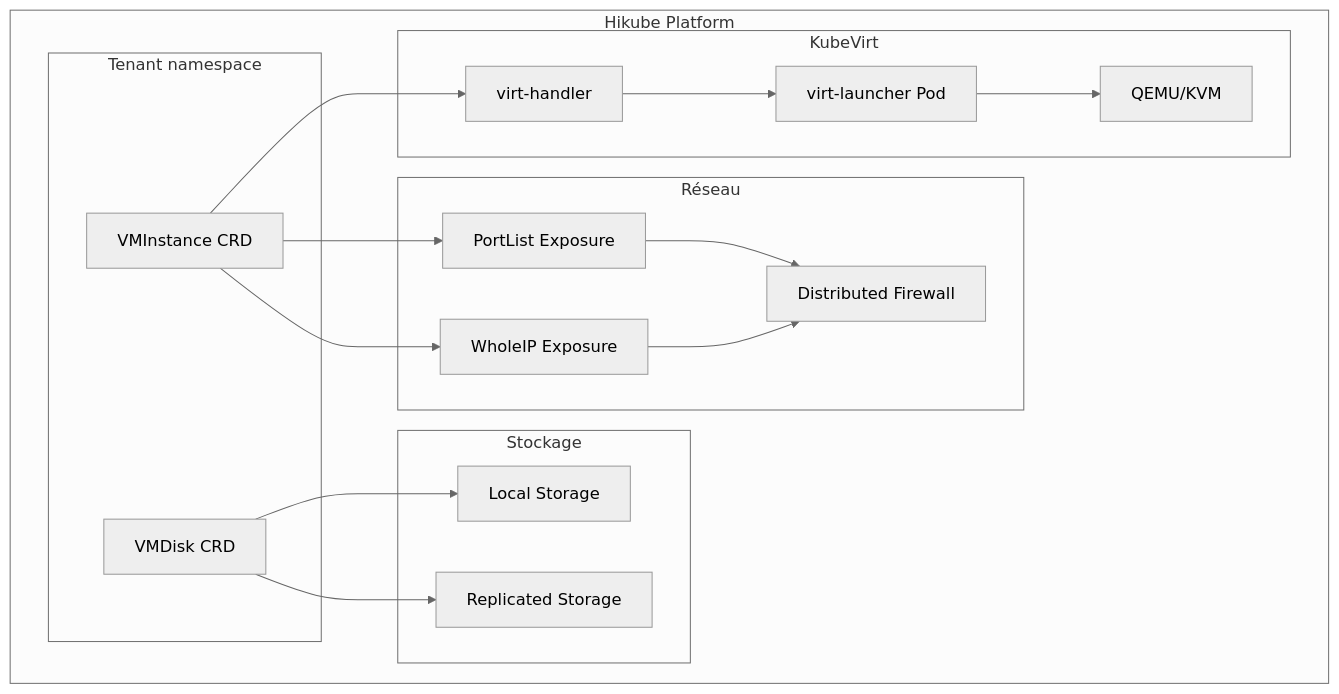
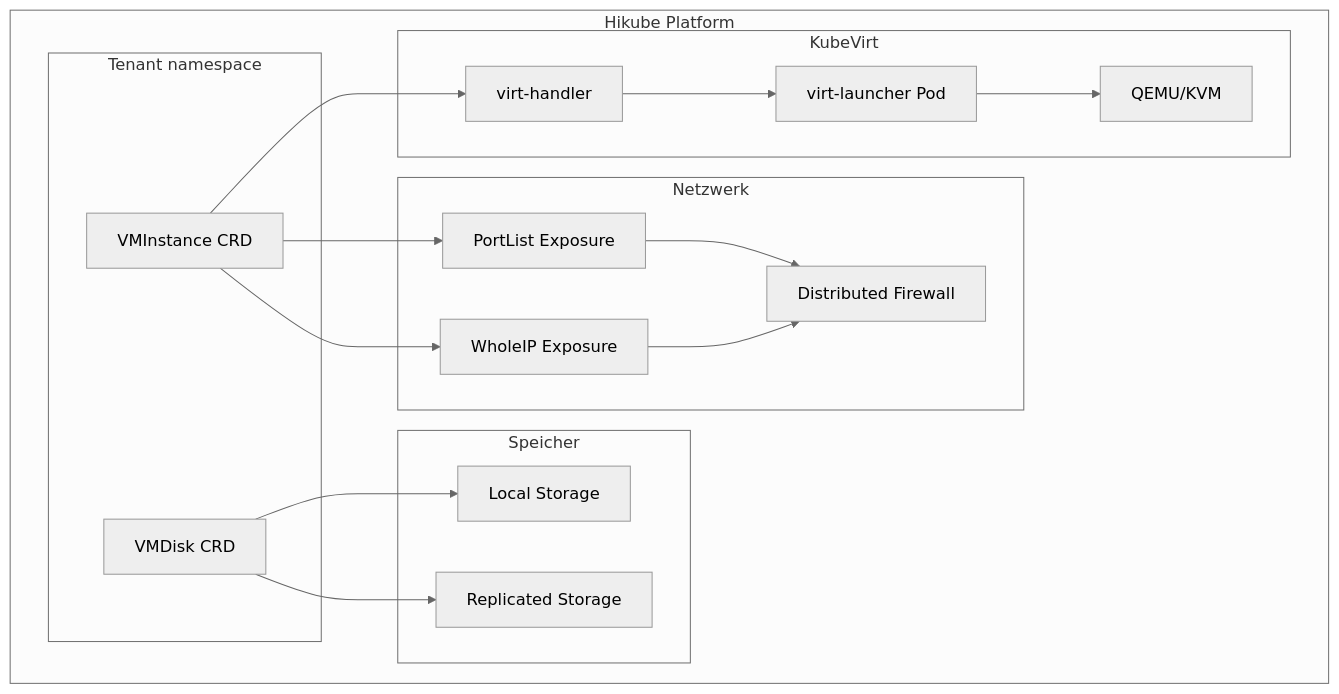
The first of 2 diagrams in i18n/de/docusaurus-plugin-content-docs/current/services/compute/concepts.md (HidoraSwiss/hikube-public-doc), drawn with Mermaid (neutral theme) before and after one commit. The commit also changed other lines of this file and 121 other files, not shown here.

````diff
--- a/i18n/de/docusaurus-plugin-content-docs/current/services/compute/concepts.md
+++ b/i18n/de/docusaurus-plugin-content-docs/current/services/compute/concepts.md
@@ -12,36 +12,36 @@
 ```mermaid
 graph TB
     subgraph "Hikube Platform"
         subgraph "Tenant namespace"
             VMI[VMInstance CRD]
             VMD[VMDisk CRD]
         end
 
         subgraph "KubeVirt"
             VP[virt-handler]
             VL[virt-launcher Pod]
             QEMU[QEMU/KVM]
         end
 
-        subgraph "Stockage"
+        subgraph "Speicher"
             LS[Local Storage]
             RS[Replicated Storage]
         end
 
-        subgraph "Réseau"
+        subgraph "Netzwerk"
             PL[PortList Exposure]
             WI[WholeIP Exposure]
             FW[Distributed Firewall]
         end
     end
 
     VMI --> VP
     VMD --> LS
     VMD --> RS
     VP --> VL
     VL --> QEMU
     VMI --> PL
     VMI --> WI
     PL --> FW
     WI --> FW
 ```
````
